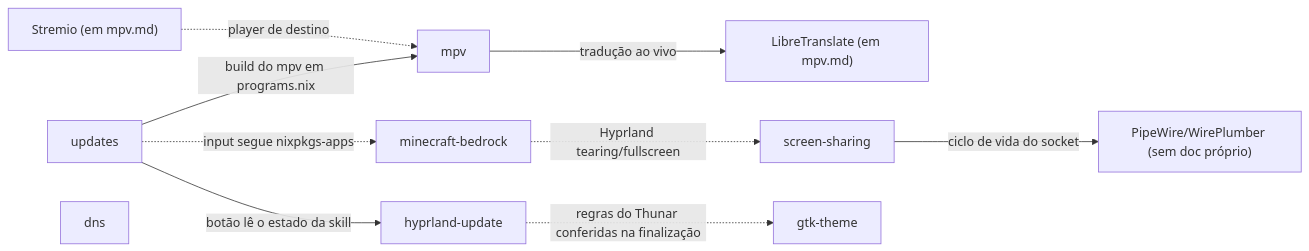
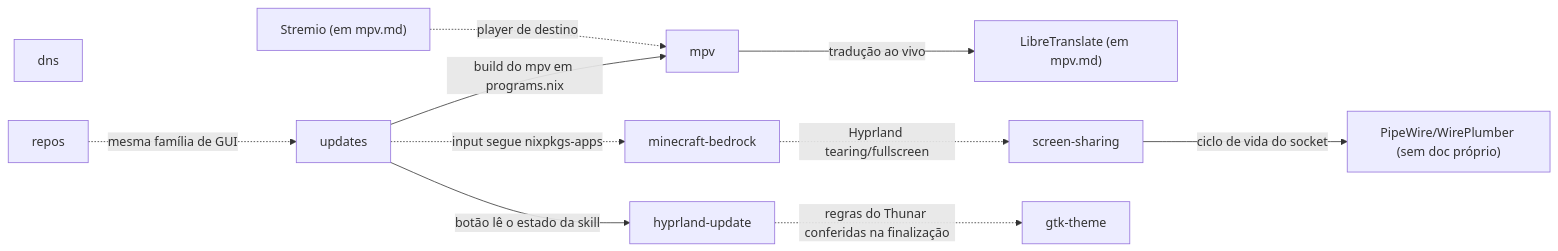
Before and after one commit to aliceComH/nixos: the diagram in .agents/knowledge/_index.md, drawn with Mermaid. The commit also changed other lines of this file and 5 other files, not shown here.

````diff
--- a/.agents/knowledge/_index.md
+++ b/.agents/knowledge/_index.md
@@ -29,22 +30,24 @@
 ```mermaid
 graph LR
     mpv["mpv"]
     libretranslate["LibreTranslate (em mpv.md)"]
     stremio["Stremio (em mpv.md)"]
     screenSharing["screen-sharing"]
     pipewire["PipeWire/WirePlumber (sem doc próprio)"]
     bedrock["minecraft-bedrock"]
     updates["updates"]
     dns["dns"]
     gtkTheme["gtk-theme"]
     hyprUpdate["hyprland-update"]
+    repos["repos"]
 
     mpv -->|"tradução ao vivo"| libretranslate
     stremio -.->|"player de destino"| mpv
     screenSharing -->|"ciclo de vida do socket"| pipewire
     bedrock -.->|"Hyprland tearing/fullscreen"| screenSharing
     updates -->|"build do mpv em programs.nix"| mpv
     updates -.->|"input segue nixpkgs-apps"| bedrock
     updates -->|"botão lê o estado da skill"| hyprUpdate
     hyprUpdate -.->|"regras do Thunar conferidas na finalização"| gtkTheme
+    repos -.->|"mesma família de GUI"| updates
 ```
````
